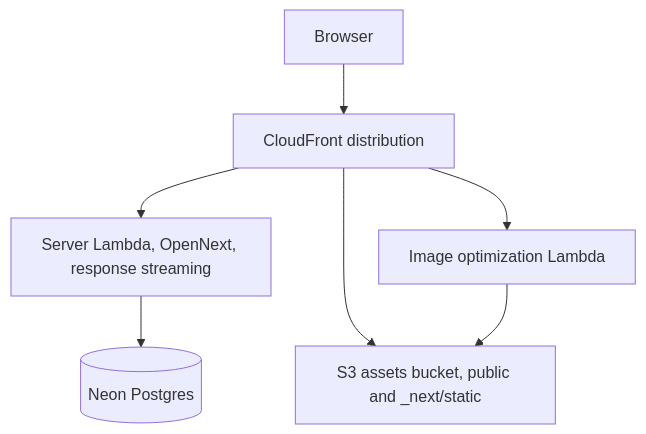
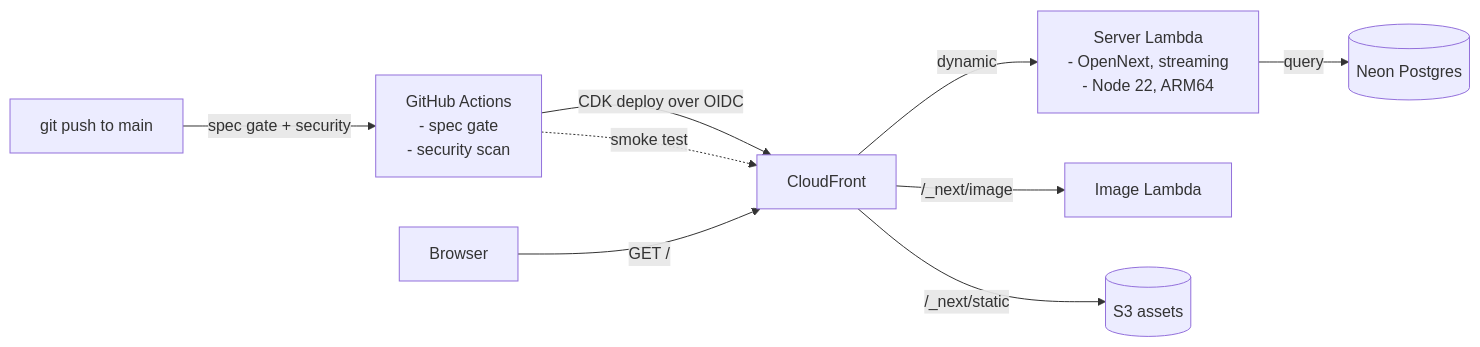
One commit to elleskay/platform changed the fifth of 5 diagrams in README.md. Above: the diagram before and after it, drawn with Mermaid. The commit also changed other lines of this file and 55 other files, not shown here.

````diff
--- a/README.md
+++ b/README.md
@@ -108,13 +268,11 @@
 ```mermaid
-flowchart TD
-  U[Browser]
-  CF[CloudFront distribution]
-  U --> CF
-
-  CF --> SRV[Server Lambda, OpenNext, response streaming]
-  CF --> IMG[Image optimization Lambda]
-  CF --> S3[S3 assets bucket, public and _next/static]
-
-  SRV --> NEON[(Neon Postgres)]
-  IMG --> S3
+flowchart LR
+  Push["git push to main"] -->|"spec gate + security"| GA["GitHub Actions<br/>- spec gate<br/>- security scan"]
+  GA -->|"CDK deploy over OIDC"| CF["CloudFront"]
+  GA -.->|"smoke test"| CF
+  Browser["Browser"] -->|"GET /"| CF
+  CF -->|"dynamic"| SRV["Server Lambda<br/>- OpenNext, streaming<br/>- Node 22, ARM64"]
+  CF -->|"/_next/image"| IMG["Image Lambda"]
+  CF -->|"/_next/static"| S3[("S3 assets")]
+  SRV -->|"query"| Neon[("Neon Postgres")]
 ```
````
